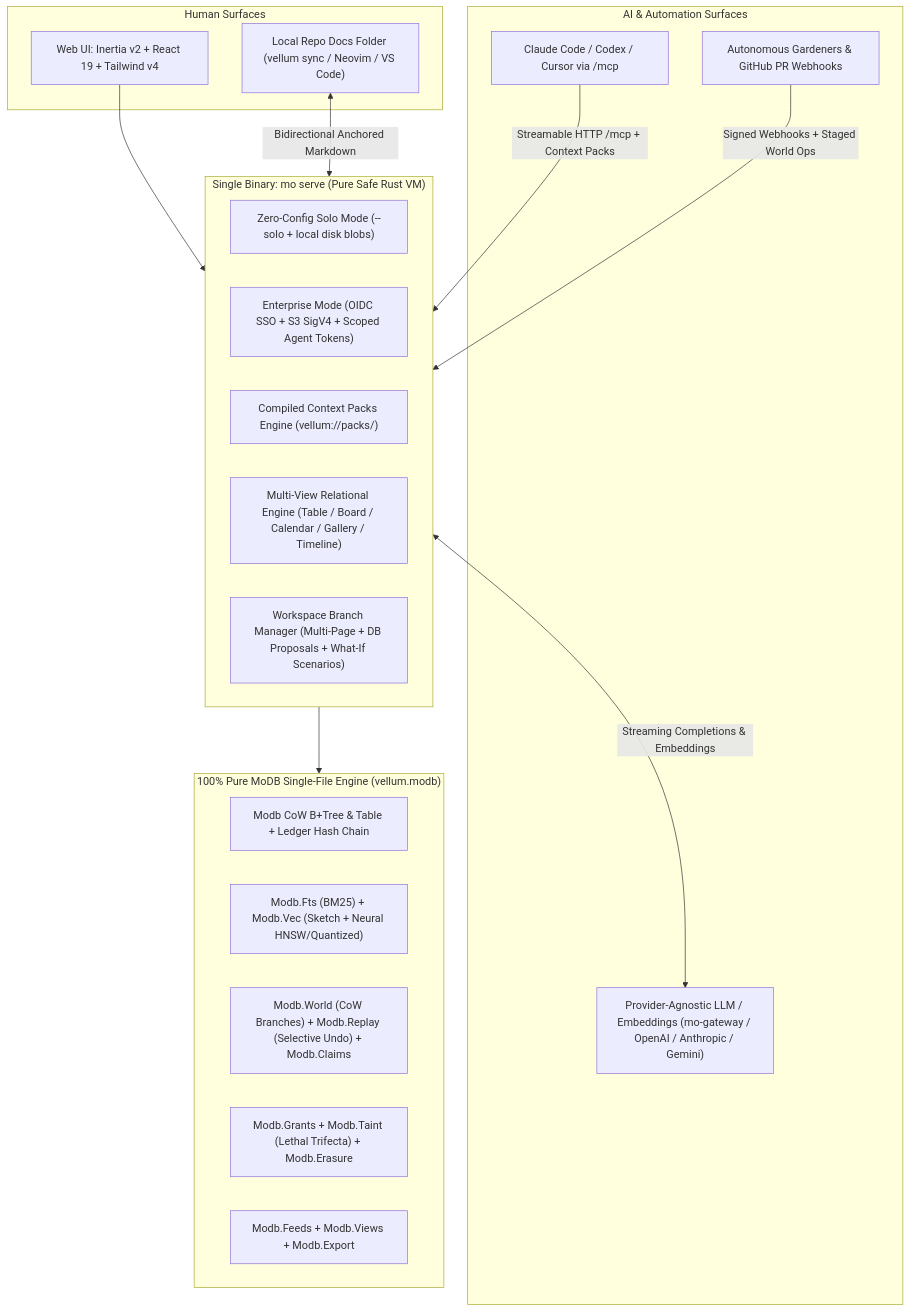
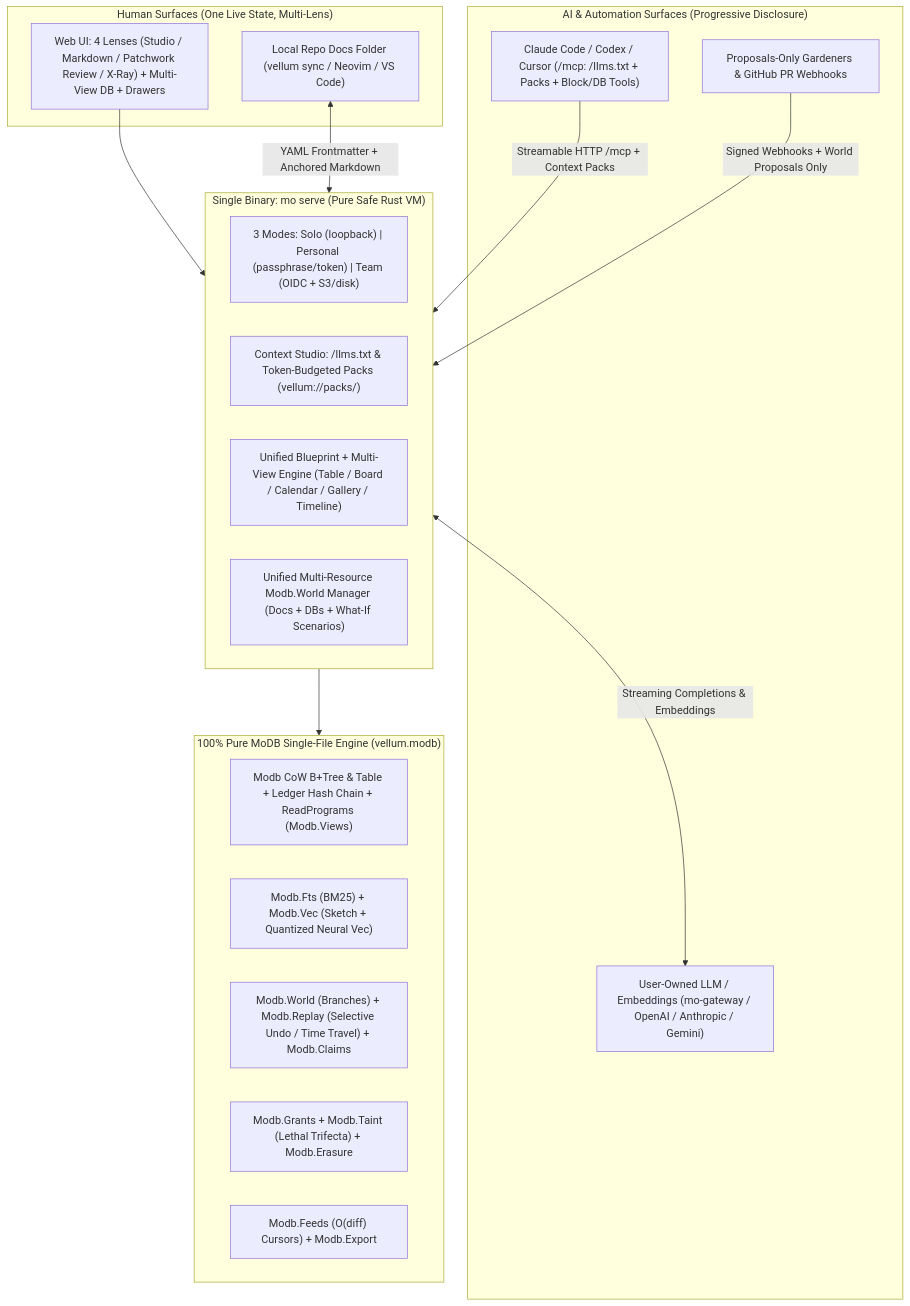
The diagram in docs/v2-vision-and-roadmap.md (robertguss/vellum), drawn with Mermaid before and after one commit. The commit also changed other lines of this file, not shown here.

Commit message:
docs: lock Vellum v2 Branches 1-5 decisions and note RLM exploration

````diff
--- a/docs/v2-vision-and-roadmap.md
+++ b/docs/v2-vision-and-roadmap.md
@@ -34,36 +49,35 @@
 ```mermaid
 flowchart TB
-  subgraph Humans["Human Surfaces"]
-    Web["Web UI: Inertia v2 + React 19 + Tailwind v4"]
+  subgraph Humans["Human Surfaces (One Live State, Multi-Lens)"]
+    Web["Web UI: 4 Lenses (Studio / Markdown / Patchwork Review / X-Ray) + Multi-View DB + Drawers"]
     LocalFs["Local Repo Docs Folder (vellum sync / Neovim / VS Code)"]
   end
 
-  subgraph Agents["AI & Automation Surfaces"]
-    Ide["Claude Code / Codex / Cursor via /mcp"]
-    Bot["Autonomous Gardeners & GitHub PR Webhooks"]
-    Llm["Provider-Agnostic LLM / Embeddings (mo-gateway / OpenAI / Anthropic / Gemini)"]
+  subgraph Agents["AI & Automation Surfaces (Progressive Disclosure)"]
+    Ide["Claude Code / Codex / Cursor (/mcp: /llms.txt + Packs + Block/DB Tools)"]
+    Bot["Proposals-Only Gardeners & GitHub PR Webhooks"]
+    Llm["User-Owned LLM / Embeddings (mo-gateway / OpenAI / Anthropic / Gemini)"]
   end
 
   subgraph Server["Single Binary: mo serve (Pure Safe Rust VM)"]
-    Solo["Zero-Config Solo Mode (--solo + local disk blobs)"]
-    Auth["Enterprise Mode (OIDC SSO + S3 SigV4 + Scoped Agent Tokens)"]
-    Packs["Compiled Context Packs Engine (vellum://packs/<slug>)"]
-    Views["Multi-View Relational Engine (Table / Board / Calendar / Gallery / Timeline)"]
-    Branches["Workspace Branch Manager (Multi-Page + DB Proposals + What-If Scenarios)"]
+    Auth["3 Modes: Solo (loopback) | Personal (passphrase/token) | Team (OIDC + S3/disk)"]
+    Packs["Context Studio: /llms.txt & Token-Budgeted Packs (vellum://packs/<slug>)"]
+    Views["Unified Blueprint + Multi-View Engine (Table / Board / Calendar / Gallery / Timeline)"]
+    Branches["Unified Multi-Resource Modb.World Manager (Docs + DBs + What-If Scenarios)"]
   end
 
   subgraph MoDB["100% Pure MoDB Single-File Engine (vellum.modb)"]
-    KV["Modb CoW B+Tree & Table + Ledger Hash Chain"]
-    Search["Modb.Fts (BM25) + Modb.Vec (Sketch + Neural HNSW/Quantized)"]
-    Collab["Modb.World (CoW Branches) + Modb.Replay (Selective Undo) + Modb.Claims"]
+    KV["Modb CoW B+Tree & Table + Ledger Hash Chain + ReadPrograms (Modb.Views)"]
+    Search["Modb.Fts (BM25) + Modb.Vec (Sketch + Quantized Neural Vec)"]
+    Collab["Modb.World (Branches) + Modb.Replay (Selective Undo / Time Travel) + Modb.Claims"]
     Safety["Modb.Grants + Modb.Taint (Lethal Trifecta) + Modb.Erasure"]
-    Reactive["Modb.Feeds + Modb.Views + Modb.Export"]
+    Reactive["Modb.Feeds (O(diff) Cursors) + Modb.Export"]
   end
 
   Web --> Server
-  LocalFs <-->|"Bidirectional Anchored Markdown"| Server
+  LocalFs <-->|"YAML Frontmatter + Anchored Markdown"| Server
   Ide -->|"Streamable HTTP /mcp + Context Packs"| Server
-  Bot -->|"Signed Webhooks + Staged World Ops"| Server
+  Bot -->|"Signed Webhooks + World Proposals Only"| Server
   Server <-->|"Streaming Completions & Embeddings"| Llm
   Server --> MoDB
 ```
````
